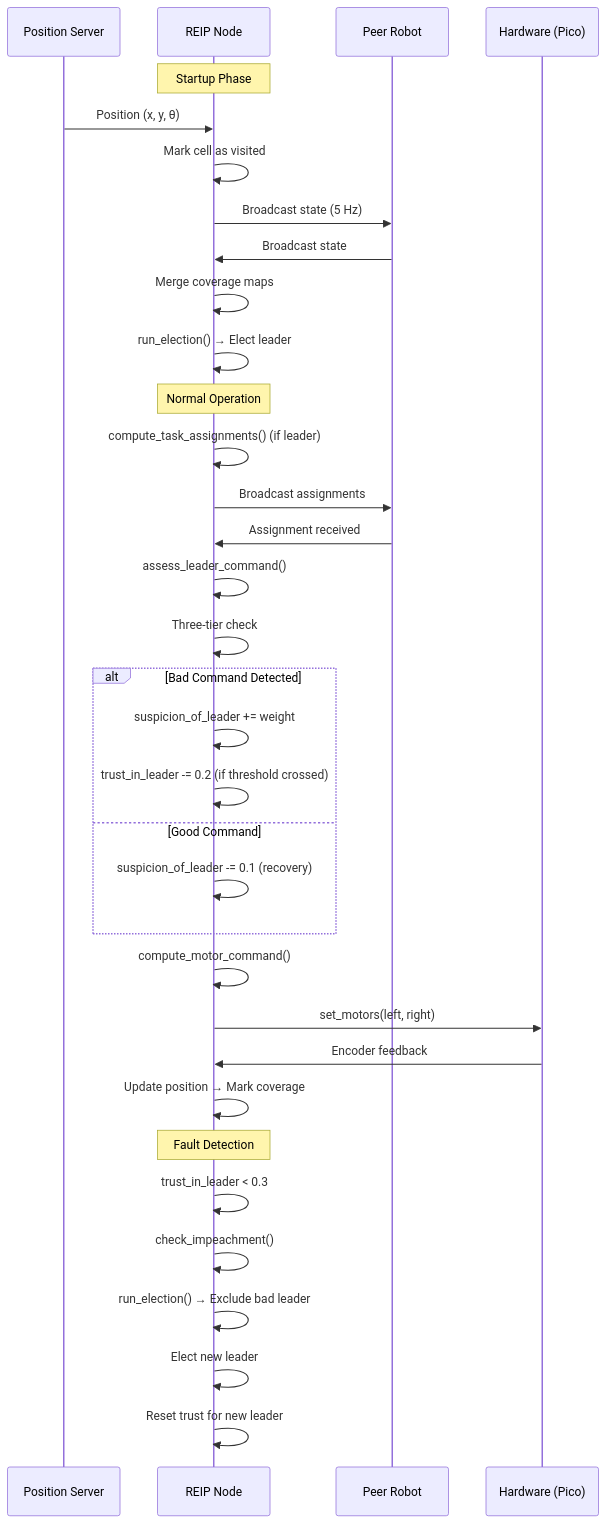
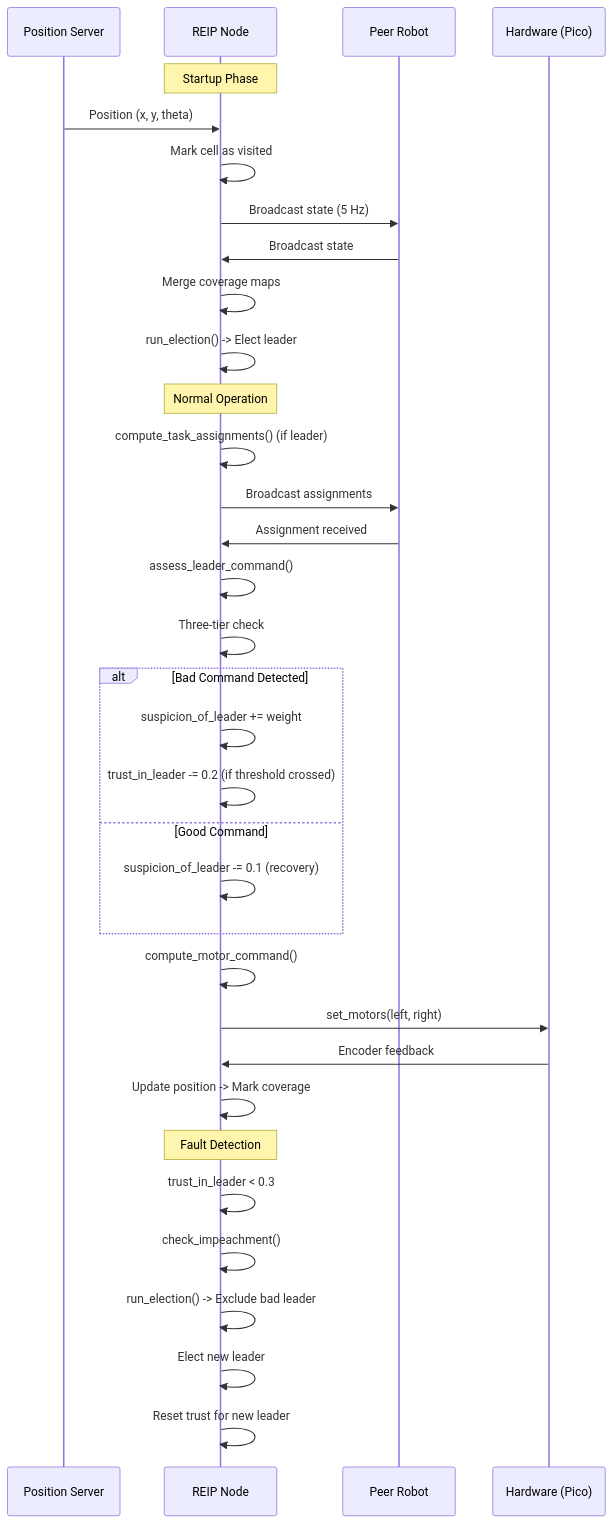
One commit to Ryker32/REIP-RESEARCH-FINAL changed the third of 3 diagrams in docs/REIP_SYSTEM_DIAGRAM.md. Above: the diagram before and after it, drawn with Mermaid. The commit also changed other lines of this file and 144 other files, not shown here.

````diff
--- a/docs/REIP_SYSTEM_DIAGRAM.md
+++ b/docs/REIP_SYSTEM_DIAGRAM.md
@@ -330,39 +330,39 @@
 ```mermaid
 sequenceDiagram
     participant PS as Position Server
     participant RN as REIP Node
     participant Peer as Peer Robot
     participant HW as Hardware (Pico)
 
     Note over RN: Startup Phase
-    PS->>RN: Position (x, y, θ)
+    PS->>RN: Position (x, y, theta)
     RN->>RN: Mark cell as visited
     RN->>Peer: Broadcast state (5 Hz)
     Peer->>RN: Broadcast state
     RN->>RN: Merge coverage maps
-    RN->>RN: run_election() → Elect leader
+    RN->>RN: run_election() -> Elect leader
 
     Note over RN: Normal Operation
     RN->>RN: compute_task_assignments() (if leader)
     RN->>Peer: Broadcast assignments
     Peer->>RN: Assignment received
     RN->>RN: assess_leader_command()
     RN->>RN: Three-tier check
     alt Bad Command Detected
         RN->>RN: suspicion_of_leader += weight
         RN->>RN: trust_in_leader -= 0.2 (if threshold crossed)
     else Good Command
         RN->>RN: suspicion_of_leader -= 0.1 (recovery)
     end
     RN->>RN: compute_motor_command()
     RN->>HW: set_motors(left, right)
     HW->>RN: Encoder feedback
-    RN->>RN: Update position → Mark coverage
+    RN->>RN: Update position -> Mark coverage
 
     Note over RN: Fault Detection
     RN->>RN: trust_in_leader < 0.3
     RN->>RN: check_impeachment()
-    RN->>RN: run_election() → Exclude bad leader
+    RN->>RN: run_election() -> Exclude bad leader
     RN->>RN: Elect new leader
     RN->>RN: Reset trust for new leader
 ```
````
